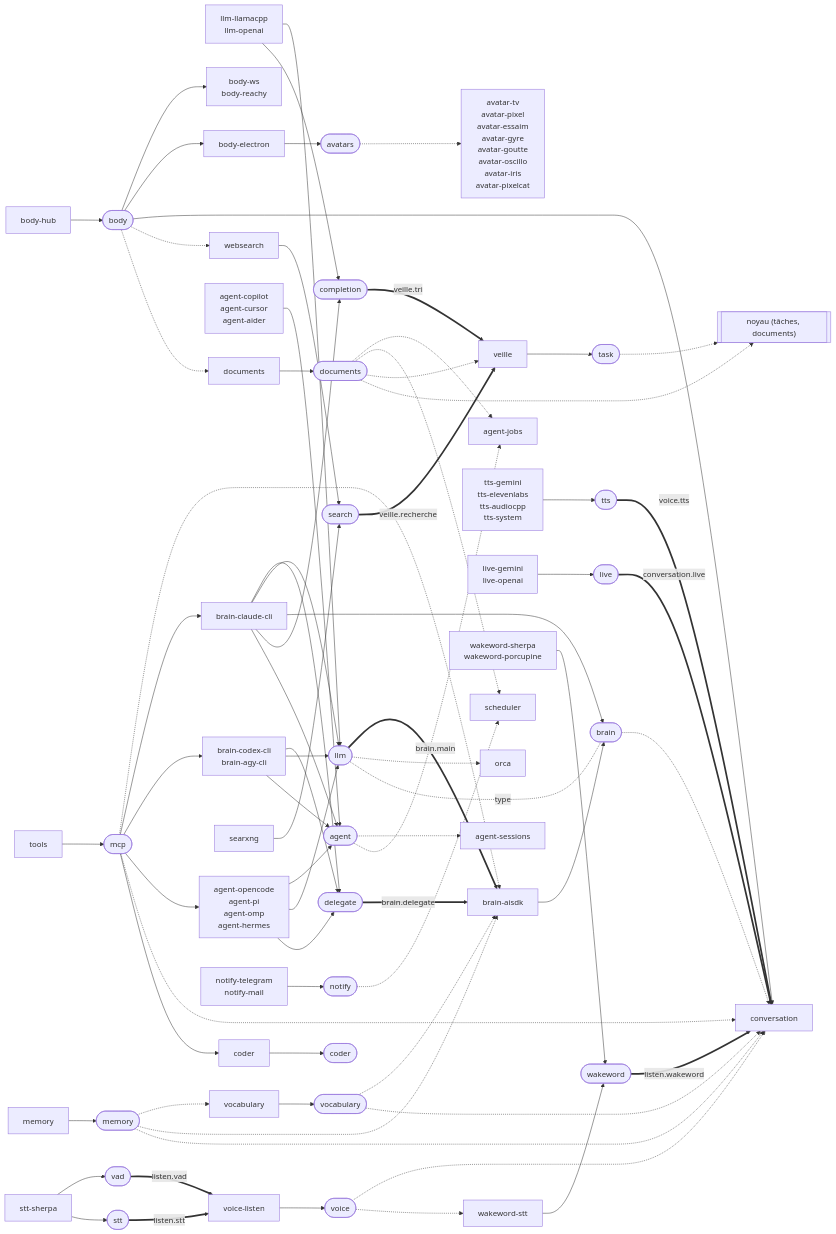
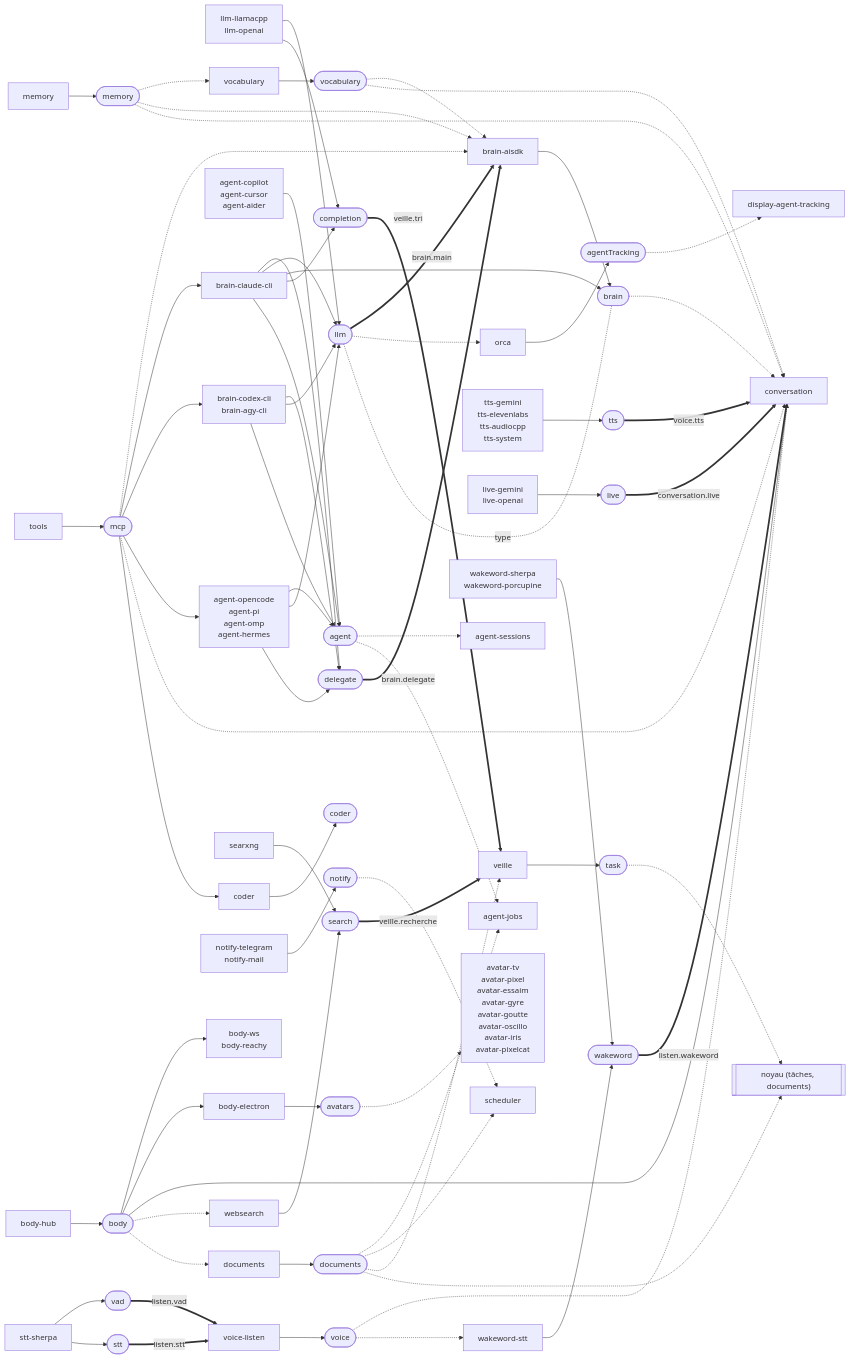
One commit to gleborgne/floppy changed the second of 6 diagrams in docs/spec/noyau.md. Above: the diagram before and after it, drawn with Mermaid. The commit also changed other lines of this file and 68 other files, not shown here.

First line of the commit message:
feat(orca): add named agent tracking and plugin-owned desktop views

```diff
--- a/docs/spec/noyau.md
+++ b/docs/spec/noyau.md
@@ -59,6 +59,7 @@
 flowchart LR
   p_noyau[["noyau (tâches, documents)"]]
   s_agent(["agent"])
+  s_agentTracking(["agentTracking"])
   s_avatars(["avatars"])
   s_body(["body"])
   s_brain(["brain"])
@@ -122,6 +123,8 @@
   p_body_electron["body-electron"]
   p_body_electron --> s_avatars
   s_body --> p_body_electron
+  p_display_agent_tracking["display-agent-tracking"]
+  s_agentTracking -.-> p_display_agent_tracking
   p_conversation["conversation"]
   s_body --> p_conversation
   s_brain -.-> p_conversation
@@ -133,6 +136,7 @@
   s_tts == "voice.tts" ==> p_conversation
   s_wakeword == "listen.wakeword" ==> p_conversation
   p_orca["orca"]
+  p_orca --> s_agentTracking
   s_llm -.-> p_orca
   p_websearch["websearch"]
   p_websearch --> s_search
```
